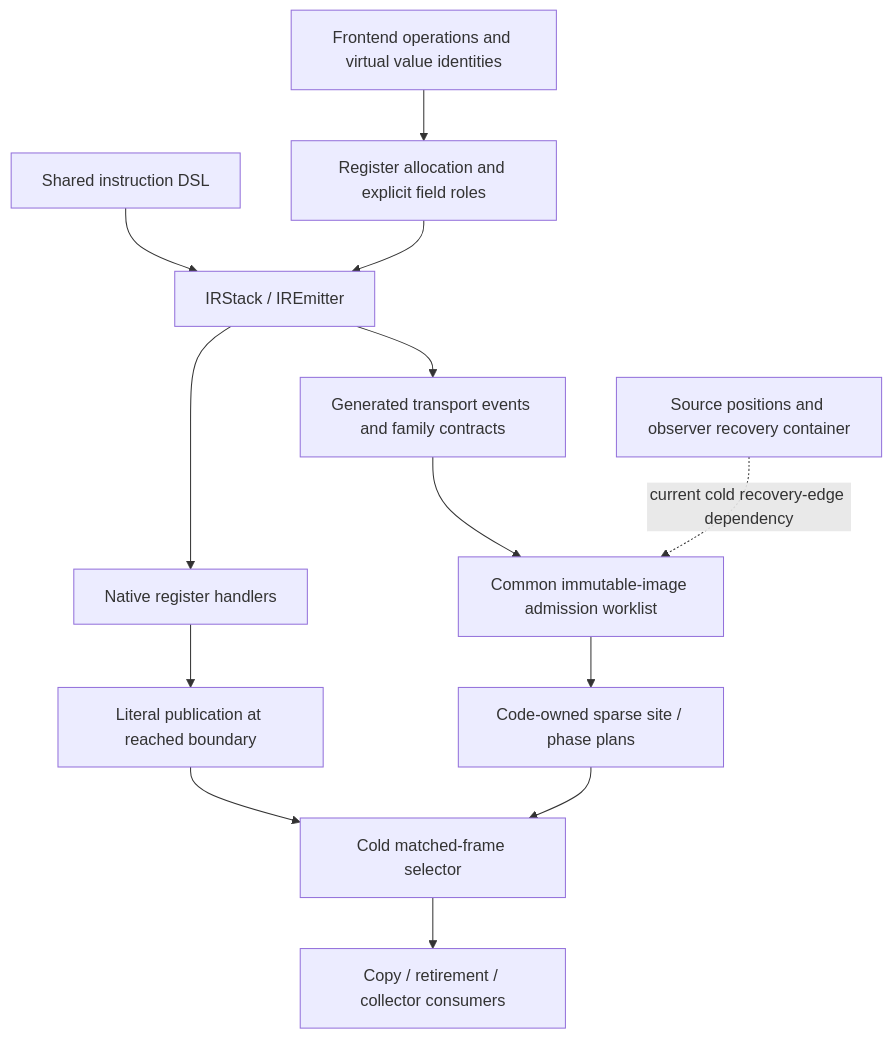
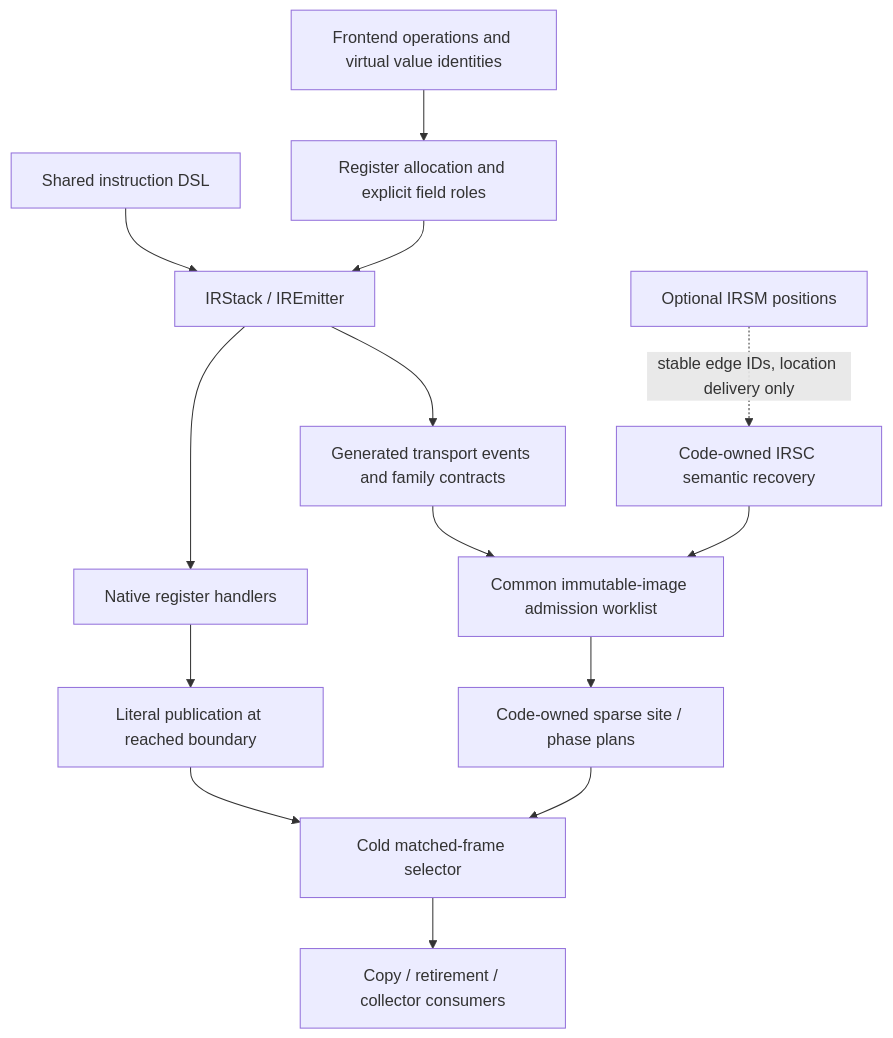
The diagram in pyjit/issues/call-model55/semantic-phase-plan.md (rjpower/cpython), drawn with Mermaid before and after one commit. The commit also changed other lines of this file and 12 other files, not shown here.

Commit message:
Record semantic recovery and error processor integration evidence

````diff
--- a/pyjit/issues/call-model55/semantic-phase-plan.md
+++ b/pyjit/issues/call-model55/semantic-phase-plan.md
@@ -24,15 +24,16 @@
 ```mermaid
 flowchart TD
     F[Frontend operations and virtual value identities] --> A[Register allocation and explicit field roles]
     D[Shared instruction DSL] --> E[IRStack / IREmitter]
     A --> E
     E --> H[Native register handlers]
     E --> M[Generated transport events and family contracts]
     M --> V[Common immutable-image admission worklist]
     V --> P[Code-owned sparse site / phase plans]
     H --> L[Literal publication at reached boundary]
     L --> Q[Cold matched-frame selector]
     P --> Q
     Q --> R[Copy / retirement / collector consumers]
-    O[Source positions and observer recovery container] -. current cold recovery-edge dependency .-> V
+    O[Code-owned IRSC semantic recovery] --> V
+    X[Optional IRSM positions] -. stable edge IDs, location delivery only .-> O
 ```
````
